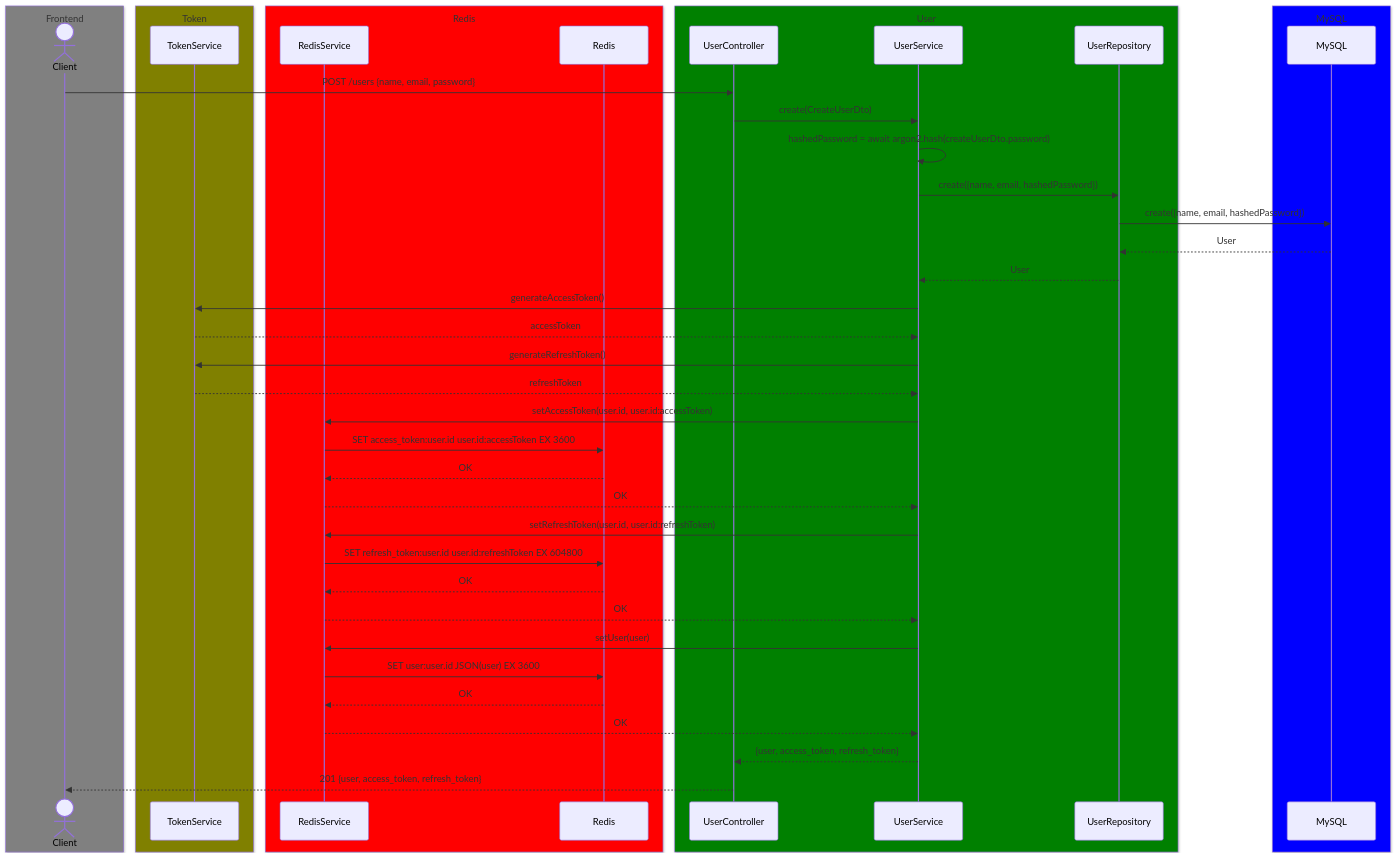
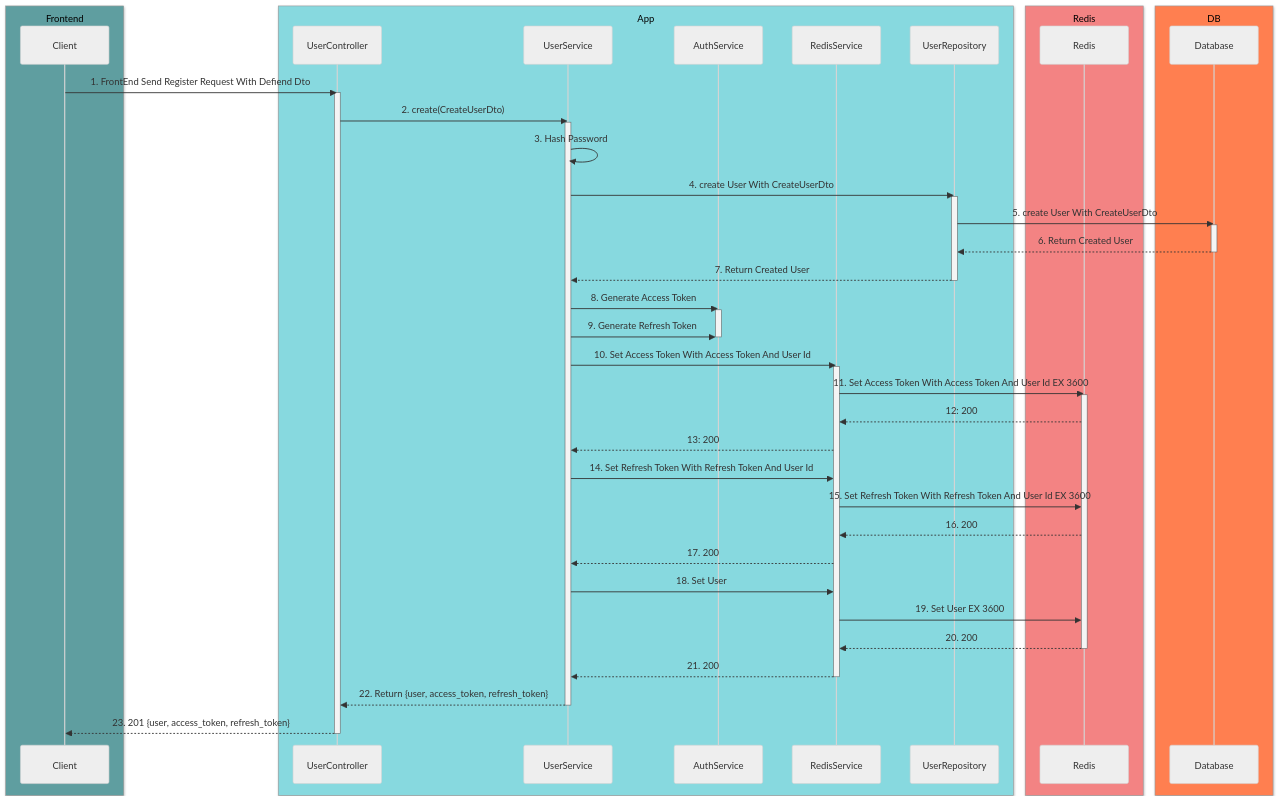
One commit to hamidehalaee/nestjs_ddd_skeleton changed the diagram in docs/auth/register.md. Above: the diagram before and after it, drawn with Mermaid. The commit also changed 12 other files, not shown here.

Commit message:
add: Log service update: sequence diagram: login, refresh token and register

````diff
--- a/docs/auth/register.md
+++ b/docs/auth/register.md
@@ -1,52 +1,71 @@
 ```mermaid
+---
+config:
+  theme: 'neutral'
+  themeVariables:
+    primaryColor: '#4f96e7ff'
+    primaryBorderColor: 'rgba(153, 188, 241, 1)'
+    lineColor: '#F8B229'
+    secondaryColor: '#006100'
+    tertiaryColor: '#ffffff60'
+---
 sequenceDiagram
-  box Gray Frontend
-  actor Client
+box cadetblue Frontend
+    participant Client
   end
 
-  box Olive Token
-  participant TokenService
+  box rgba(135, 217, 223, 1) App
+    participant UserController
+    participant UserService
+    participant AuthService
+    participant RedisService
+    participant UserRepo as UserRepository
   end
 
-  box Red Redis
-  participant RedisService
-  participant Redis
+  box rgba(243, 131, 131, 1) Redis
+    participant Redis
   end
 
-  box Green User
-  participant Controller as UserController
-  participant UserService
-  participant UserRepo as UserRepository
-  end
-
-  box Blue MySQL
-  participant MySQL
+  box coral DB
+    participant DB as Database
   end
 
   %% Registration Flow
-  Client->>Controller: POST /users {name, email, password}
-  Controller->>UserService: create(CreateUserDto)
-  UserService->> UserService: hashedPassword = await argon2.hash(createUserDto.password);
-  UserService->>UserRepo: create({name, email, hashedPassword})
-  UserRepo->>MySQL: create({name, email, hashedPassword})
-  MySQL-->>UserRepo: User
-  UserRepo-->>UserService: User
-  UserService->>TokenService: generateAccessToken()
-  TokenService-->>UserService: accessToken
-  UserService->>TokenService: generateRefreshToken()
-  TokenService-->>UserService: refreshToken
-  UserService->>RedisService: setAccessToken(user.id, user.id:accessToken)
-  RedisService->>Redis: SET access_token:user.id user.id:accessToken EX 3600
-  Redis-->>RedisService: OK
-  RedisService-->>UserService: OK
-  UserService->>RedisService: setRefreshToken(user.id, user.id:refreshToken)
-  RedisService->>Redis: SET refresh_token:user.id user.id:refreshToken EX 604800
-  Redis-->>RedisService: OK
-  RedisService-->>UserService: OK
-  UserService->>RedisService: setUser(user)
-  RedisService->>Redis: SET user:user.id JSON(user) EX 3600
-  Redis-->>RedisService: OK
-  RedisService-->>UserService: OK
-  UserService-->>Controller: {user, access_token, refresh_token}
-  Controller-->>Client: 201 {user, access_token, refresh_token}
+  Client->>UserController: 1. FrontEnd Send Register Request With Defiend Dto
+  activate UserController
+  UserController->>UserService: 2. create(CreateUserDto)
+  activate UserService
+  UserService->> UserService: 3. Hash Password
+  UserService->>UserRepo: 4. create User With CreateUserDto 
+  activate UserRepo
+  UserRepo->>DB: 5. create User With CreateUserDto 
+  activate DB
+  DB-->>UserRepo: 6. Return Created User
+  deactivate DB
+  UserRepo-->>UserService: 7. Return Created User
+  deactivate UserRepo
+  UserService->>AuthService: 8. Generate Access Token
+  activate AuthService
+  UserService->>AuthService: 9. Generate Refresh Token
+  deactivate AuthService
+  UserService->>RedisService: 10. Set Access Token With Access Token And User Id
+  activate RedisService
+  RedisService->>Redis: 11. Set Access Token With Access Token And User Id EX 3600
+  activate Redis
+  Redis-->>RedisService: 12: 200
+  RedisService-->>UserService: 13: 200
+  UserService->>RedisService: 14. Set Refresh Token With Refresh Token And User Id
+  RedisService->>Redis: 15. Set Refresh Token With Refresh Token And User Id EX 3600
+  Redis-->>RedisService: 16. 200
+  RedisService-->>UserService: 17. 200
+  UserService->>RedisService: 18. Set User
+  RedisService->>Redis: 19. Set User EX 3600
+  Redis-->>RedisService: 20. 200
+  deactivate Redis
+  RedisService-->>UserService: 21. 200
+  deactivate RedisService
+  UserService-->>UserController: 22. Return {user, access_token, refresh_token}
+  deactivate UserService
+  UserController-->>Client: 23. 201 {user, access_token, refresh_token}
+  deactivate UserController
 ```
````
